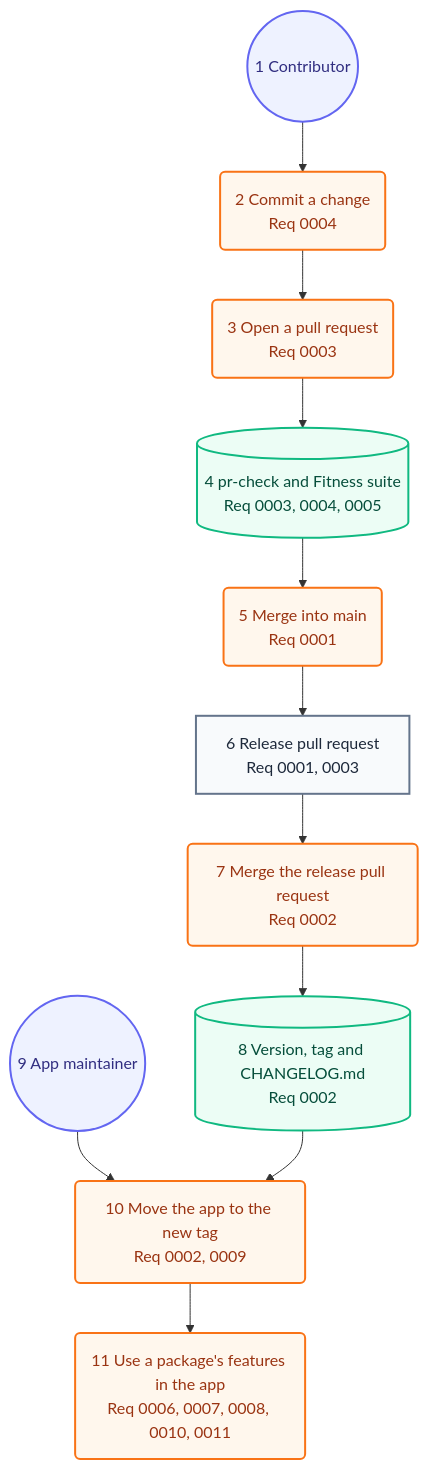
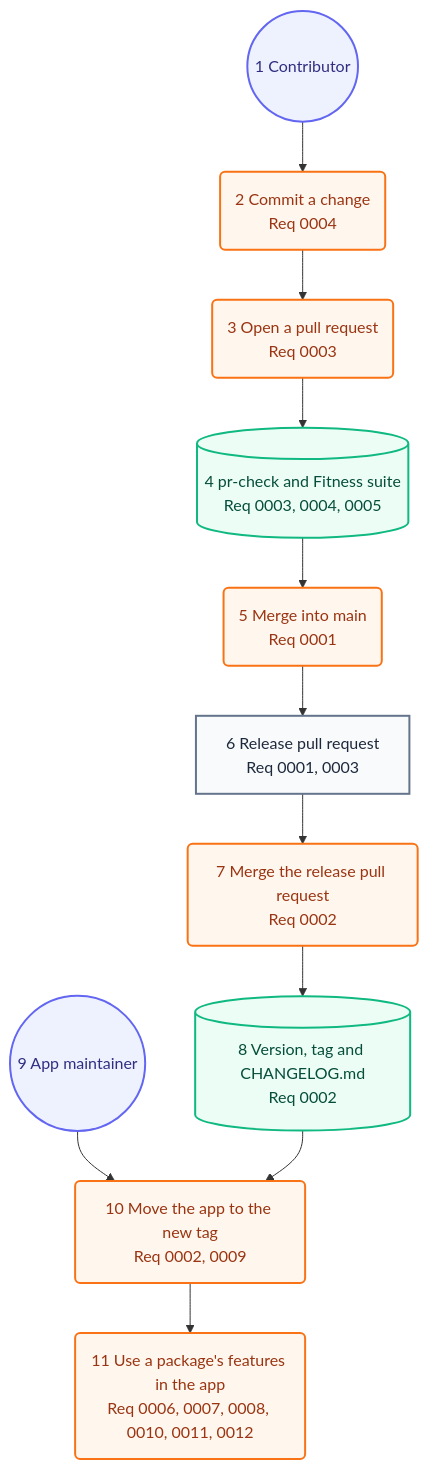
One commit to may-journal/common-swift changed the second of 2 diagrams in docs/architecture/05-user-journey.md. Above: the diagram before and after it, drawn with Mermaid. The commit also changed 20 other files, not shown here.

First line of the commit message:
feat(demo): add a demo app that shows every package

````diff
--- a/docs/architecture/05-user-journey.md
+++ b/docs/architecture/05-user-journey.md
@@ -33,30 +33,30 @@
 ```mermaid
 flowchart TB
     contributor((1 Contributor)):::persona
     commit(2 Commit a change<br/>Req 0004):::action
     open(3 Open a pull request<br/>Req 0003):::action
     checks[(4 pr-check and Fitness suite<br/>Req 0003, 0004, 0005)]:::system
     merge(5 Merge into main<br/>Req 0001):::action
     releasePR[6 Release pull request<br/>Req 0001, 0003]:::screen
     release(7 Merge the release pull request<br/>Req 0002):::action
     tag[(8 Version, tag and CHANGELOG.md<br/>Req 0002)]:::system
     maintainer((9 App maintainer)):::persona
     update(10 Move the app to the new tag<br/>Req 0002, 0009):::action
-    adopt(11 Use a package's features in the app<br/>Req 0006, 0007, 0008, 0010, 0011):::action
+    adopt(11 Use a package's features in the app<br/>Req 0006, 0007, 0008, 0010, 0011, 0012):::action
 
     contributor --> commit
     commit --> open
     open --> checks
     checks --> merge
     merge --> releasePR
     releasePR --> release
     release --> tag
     maintainer --> update
     tag --> update
     update --> adopt
 
     classDef persona fill:#eef2ff,stroke:#6366f1,color:#312e81,stroke-width:2px
     classDef screen fill:#f8fafc,stroke:#64748b,color:#1e293b,stroke-width:2px
     classDef action fill:#fff7ed,stroke:#f97316,color:#9a3412,stroke-width:2px
     classDef system fill:#ecfdf5,stroke:#10b981,color:#064e3b,stroke-width:2px
 ```
````
